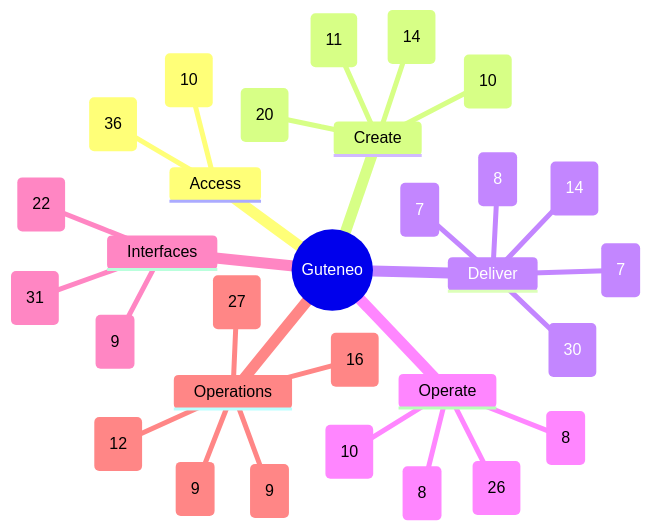
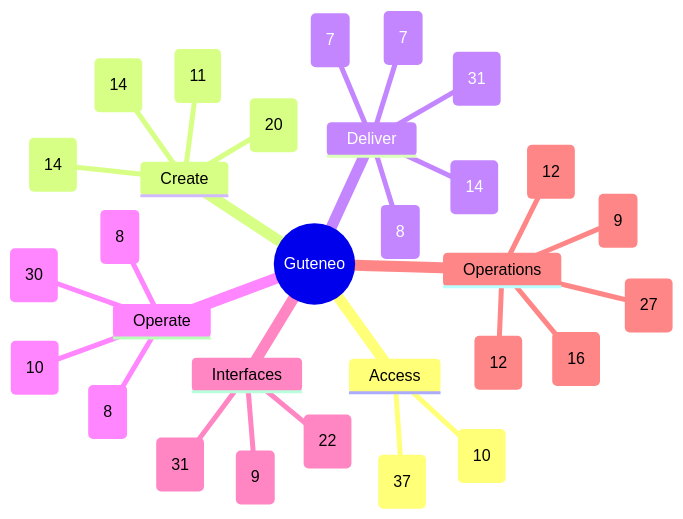
The diagram in docs/FEATURE_MAP.md (nclsppr/guteneo), drawn with Mermaid before and after one commit. The commit also changed other lines of this file and 41 other files, not shown here.

````diff
--- a/docs/FEATURE_MAP.md
+++ b/docs/FEATURE_MAP.md
@@ -13,33 +13,33 @@
 ```mermaid
 mindmap
   root((Guteneo))
     Access
-      Access and identity (36)
+      Access and identity (37)
       Team and responsibilities (10)
     Create
       Documents and protection (20)
       Template studio (14)
-      Data and mappings (10)
-      PDF generation and distribution (11)
+      Data and mappings (11)
+      PDF generation and distribution (14)
     Deliver
       Fax (7)
       Postal mail (8)
       Email and protected links (14)
-      Sensitive distribution and personal documents (30)
+      Sensitive distribution and personal documents (31)
       Dispatch dry run (7)
     Operate
       Campaigns and tracking (8)
       Credits and billing (8)
-      Workspace layout and browser appearance (26)
+      Workspace layout and browser appearance (30)
       PDF verification (10)
     Interfaces
       Assistants and API (31)
       iPhone and iPad (9)
       Public pages, languages and appearance (22)
     Operations
       Reviewer OAuth qualification (9)
       Operations and reliability (27)
-      Belvédère platform oversight (9)
+      Belvédère platform oversight (12)
       Public service status (16)
       Engineering documentation (12)
 ```
````
